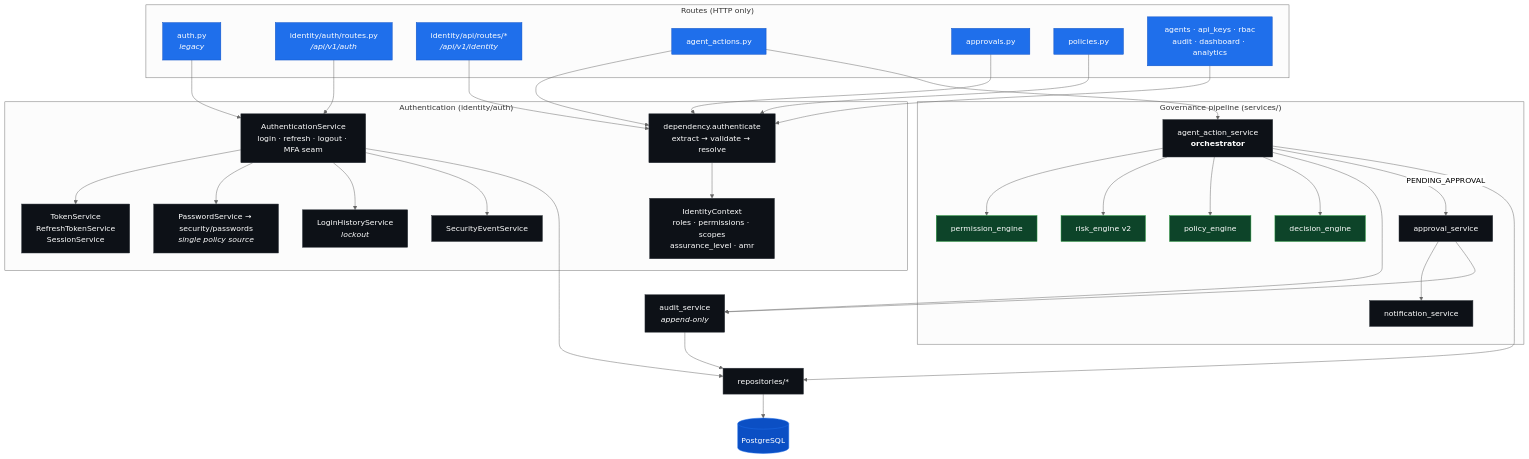
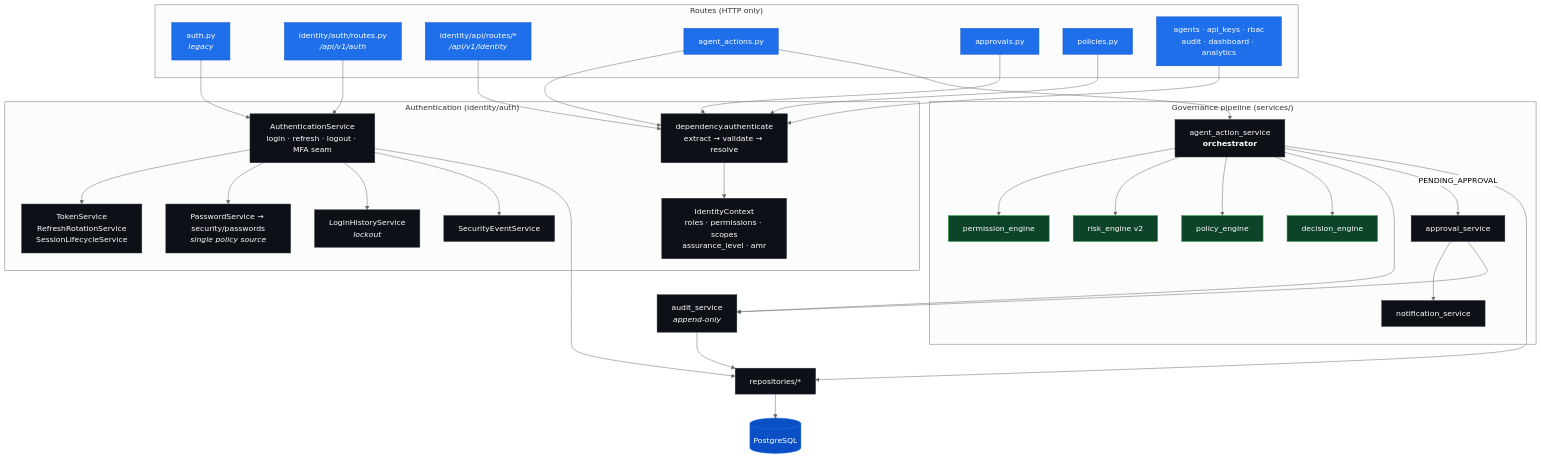
The diagram in docs/architecture/c4/03-component-backend.md (Umair-zaka-ui/ai-agent-control-tower), drawn with Mermaid (neutral theme) before and after one commit. The commit also changed other lines of this file and 15 other files, not shown here.

````diff
--- a/docs/architecture/c4/03-component-backend.md
+++ b/docs/architecture/c4/03-component-backend.md
@@ -20,74 +20,74 @@
 ```mermaid
 flowchart TB
     subgraph routes["Routes (HTTP only)"]
         r_auth["auth.py<br/><i>legacy</i>"]
         r_authv1["identity/auth/routes.py<br/><i>/api/v1/auth</i>"]
         r_ident["identity/api/routes/*<br/><i>/api/v1/identity</i>"]
         r_act["agent_actions.py"]
         r_appr["approvals.py"]
         r_pol["policies.py"]
         r_rest["agents · api_keys · rbac<br/>audit · dashboard · analytics"]
     end
 
     subgraph authn["Authentication (identity/auth)"]
         dep["dependency.authenticate<br/>extract → validate → resolve"]
         ctx["IdentityContext<br/>roles · permissions · scopes<br/>assurance_level · amr"]
         authsvc["AuthenticationService<br/>login · refresh · logout · MFA seam"]
-        tok["TokenService<br/>RefreshTokenService<br/>SessionService"]
+        tok["TokenService<br/>RefreshRotationService<br/>SessionLifecycleService"]
         pw["PasswordService → security/passwords<br/><i>single policy source</i>"]
         lh["LoginHistoryService<br/><i>lockout</i>"]
         sec["SecurityEventService"]
     end
 
     subgraph gov["Governance pipeline (services/)"]
         aas["agent_action_service<br/><b>orchestrator</b>"]
         perm["permission_engine"]
         risk["risk_engine v2"]
         pol["policy_engine"]
         dec["decision_engine"]
         appr["approval_service"]
         notif["notification_service"]
     end
 
     audit["audit_service<br/><i>append-only</i>"]
     repos["repositories/*"]
     db[("PostgreSQL")]
 
     r_auth --> authsvc
     r_authv1 --> authsvc
     r_ident --> dep
     r_act --> dep
     r_appr --> dep
     r_pol --> dep
     r_rest --> dep
 
     dep --> ctx
     authsvc --> tok
     authsvc --> pw
     authsvc --> lh
     authsvc --> sec
 
     r_act --> aas
     aas --> perm
     aas --> risk
     aas --> pol
     aas --> dec
     aas --> audit
     aas -->|"PENDING_APPROVAL"| appr
     appr --> notif
     appr --> audit
 
     authsvc --> repos
     aas --> repos
     audit --> repos
     repos --> db
 
     classDef route fill:#1f6feb,stroke:#0b4fc4,color:#fff
     classDef svc fill:#0d1117,stroke:#30363d,color:#fff
     classDef engine fill:#0d4429,stroke:#2ea043,color:#fff
     classDef store fill:#0b4fc4,stroke:#1f6feb,color:#fff
     class r_auth,r_authv1,r_ident,r_act,r_appr,r_pol,r_rest route
     class dep,ctx,authsvc,tok,pw,lh,sec,aas,appr,notif,audit,repos svc
     class perm,risk,pol,dec engine
     class db store
 ```
````
